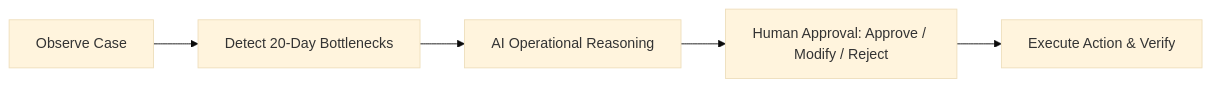
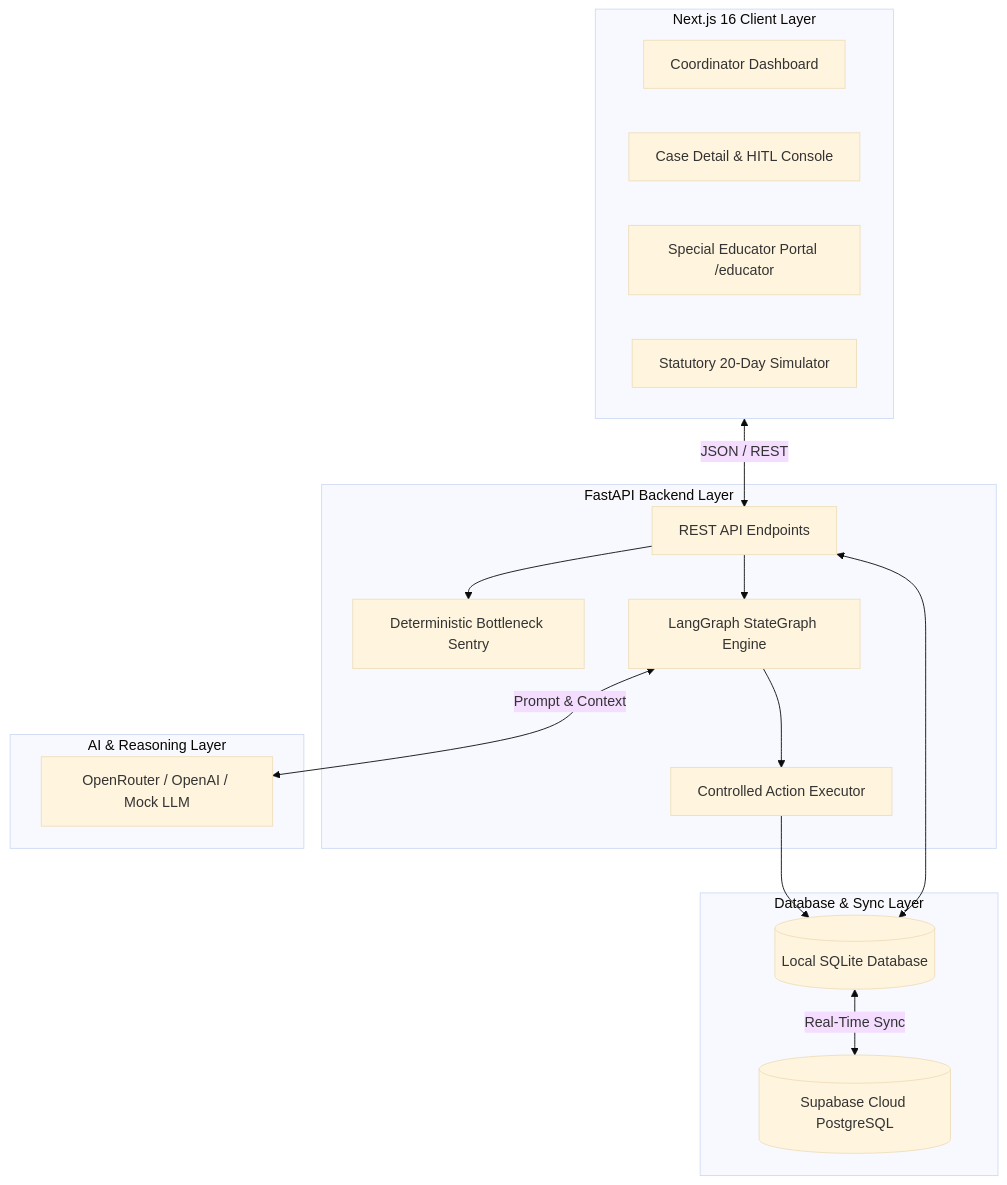
One commit to callmekriztal/Referal_Guardian changed the second of 3 diagrams in README.md. Above: the diagram before and after it, drawn with Mermaid (base theme). The commit also changed other lines of this file, not shown here.

Commit message:
docs: enrich README.md with clear problem context, architecture diagrams, and interactive walkthrough

````diff
--- a/README.md
+++ b/README.md
@@ -35,7 +97,34 @@
 ```mermaid
-flowchart LR
-    A[Observe Case] --> B[Detect 20-Day Bottlenecks]
-    B --> C[AI Operational Reasoning]
-    C --> D[Human Approval: Approve / Modify / Reject]
-    D --> E[Execute Action & Verify]
+flowchart TB
+    subgraph Frontend [Next.js 16 Client Layer]
+        A[Coordinator Dashboard]
+        B[Case Detail & HITL Console]
+        C[Special Educator Portal /educator]
+        D[Statutory 20-Day Simulator]
+    end
+
+    subgraph Backend [FastAPI Backend Layer]
+        E[REST API Endpoints]
+        F[Deterministic Bottleneck Sentry]
+        G[LangGraph StateGraph Engine]
+        H[Controlled Action Executor]
+    end
+
+    subgraph Storage [Database & Sync Layer]
+        I[(Local SQLite Database)]
+        J[(Supabase Cloud PostgreSQL)]
+    end
+
+    subgraph Intelligence [AI & Reasoning Layer]
+        K[OpenRouter / OpenAI / Mock LLM]
+    end
+
+    Frontend <-->|JSON / REST| E
+    E --> F
+    E --> G
+    G <-->|Prompt & Context| K
+    G --> H
+    H --> I
+    E <--> I
+    I <-->|Real-Time Sync| J
 ```
````
